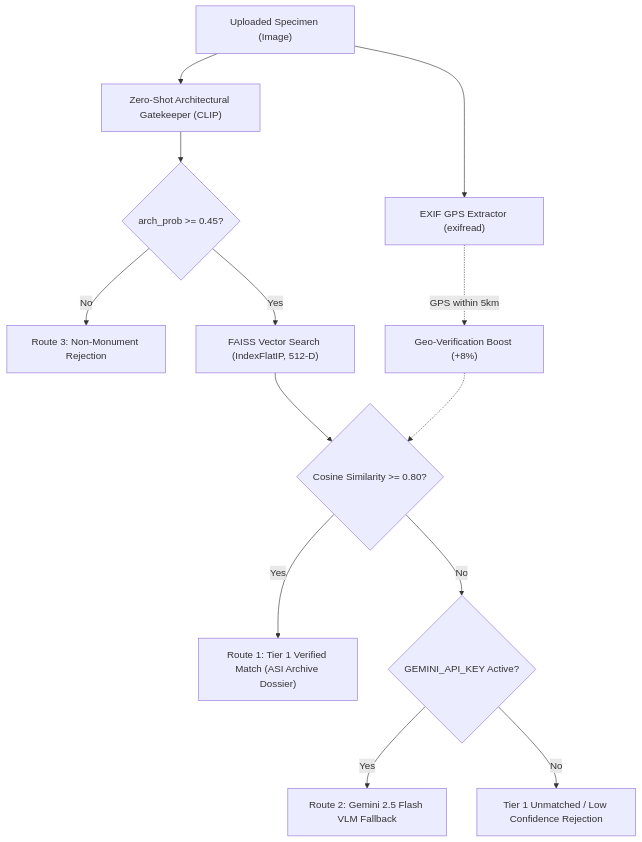
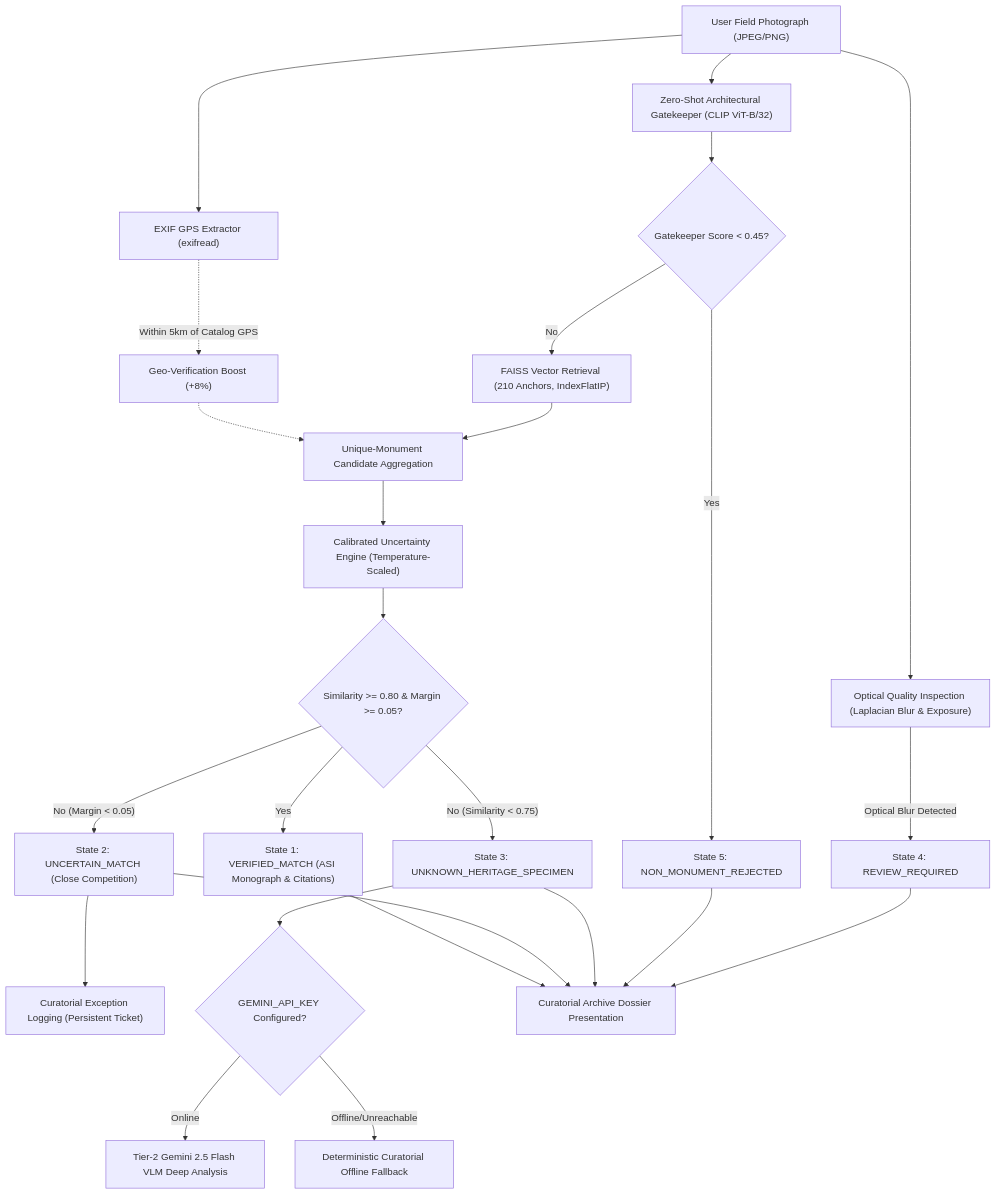
The diagram in README.md (humaidmalik63-png/Heritage-Recognisation-System), drawn with Mermaid before and after one commit. The commit also changed other lines of this file and 2235 other files, not shown here.

Commit message:
feat(catalogue): expand to 100 heritage sites with 570-vector FAISS index and Gemini 3.1 adjudication

````diff
--- a/README.md
+++ b/README.md
@@ -10,19 +11,36 @@
 ```mermaid
 flowchart TD
-    UserUpload["Uploaded Specimen (Image)"] --> Gatekeeper["Zero-Shot Architectural Gatekeeper (CLIP)"]
+    UserUpload["User Field Photograph (JPEG/PNG)"] --> Gatekeeper["Zero-Shot Architectural Gatekeeper (CLIP ViT-B/32)"]
     UserUpload --> ExifEngine["EXIF GPS Extractor (exifread)"]
+    UserUpload --> QualityCheck["Optical Quality Inspection (Laplacian Blur & Exposure)"]
     
-    Gatekeeper --> PreCheck{"arch_prob >= 0.45?"}
-    PreCheck -- No --> Rejection["Route 3: Non-Monument Rejection"]
+    QualityCheck -- Optical Blur Detected --> ReviewReq["State 4: REVIEW_REQUIRED"]
     
-    PreCheck -- Yes --> FaissSearch["FAISS Vector Search (IndexFlatIP, 512-D)"]
-    ExifEngine -. GPS within 5km .-> GeoBoost["Geo-Verification Boost (+8%)"]
-    GeoBoost -.-> FaissDecision
-    FaissSearch --> FaissDecision{"Cosine Similarity >= 0.80?"}
+    Gatekeeper --> GateCheck{"Gatekeeper Score < 0.45?"}
+    GateCheck -- Yes --> NonMon["State 5: NON_MONUMENT_REJECTED"]
     
-    FaissDecision -- Yes --> Tier1Match["Route 1: Tier 1 Verified Match (ASI Archive Dossier)"]
-    FaissDecision -- No --> Tier2Check{"GEMINI_API_KEY Active?"}
+    GateCheck -- No --> FaissSearch["FAISS Vector Retrieval (210 Anchors, IndexFlatIP)"]
+    ExifEngine -. Within 5km of Catalog GPS .-> GeoBoost["Geo-Verification Boost (+8%)"]
+    GeoBoost -.-> CandidateFilter
+    FaissSearch --> CandidateFilter["Unique-Monument Candidate Aggregation"]
     
-    Tier2Check -- Yes --> GeminiVLM["Route 2: Gemini 2.5 Flash VLM Fallback"]
-    Tier2Check -- No --> OfflineFallback["Tier 1 Unmatched / Low Confidence Rejection"]
+    CandidateFilter --> UncertaintyEngine["Calibrated Uncertainty Engine (Temperature-Scaled)"]
+    
+    UncertaintyEngine --> DecisiveCheck{"Similarity >= 0.80 & Margin >= 0.05?"}
+    DecisiveCheck -- Yes --> VerifiedMatch["State 1: VERIFIED_MATCH (ASI Monograph & Citations)"]
+    
+    DecisiveCheck -- No (Margin < 0.05) --> UncertainMatch["State 2: UNCERTAIN_MATCH (Close Competition)"]
+    DecisiveCheck -- No (Similarity < 0.75) --> UnknownSpecimen["State 3: UNKNOWN_HERITAGE_SPECIMEN"]
+    
+    UncertainMatch --> ExceptionLogger["Curatorial Exception Logging (Persistent Ticket)"]
+    UnknownSpecimen --> Tier2Check{"GEMINI_API_KEY Configured?"}
+    
+    Tier2Check -- Online --> GeminiVLM["Tier-2 Gemini 2.5 Flash VLM Deep Analysis"]
+    Tier2Check -- Offline/Unreachable --> OfflineFallback["Deterministic Curatorial Offline Fallback"]
+    
+    VerifiedMatch --> Frontend["Curatorial Archive Dossier Presentation"]
+    UncertainMatch --> Frontend
+    UnknownSpecimen --> Frontend
+    NonMon --> Frontend
+    ReviewReq --> Frontend
 ```
````
